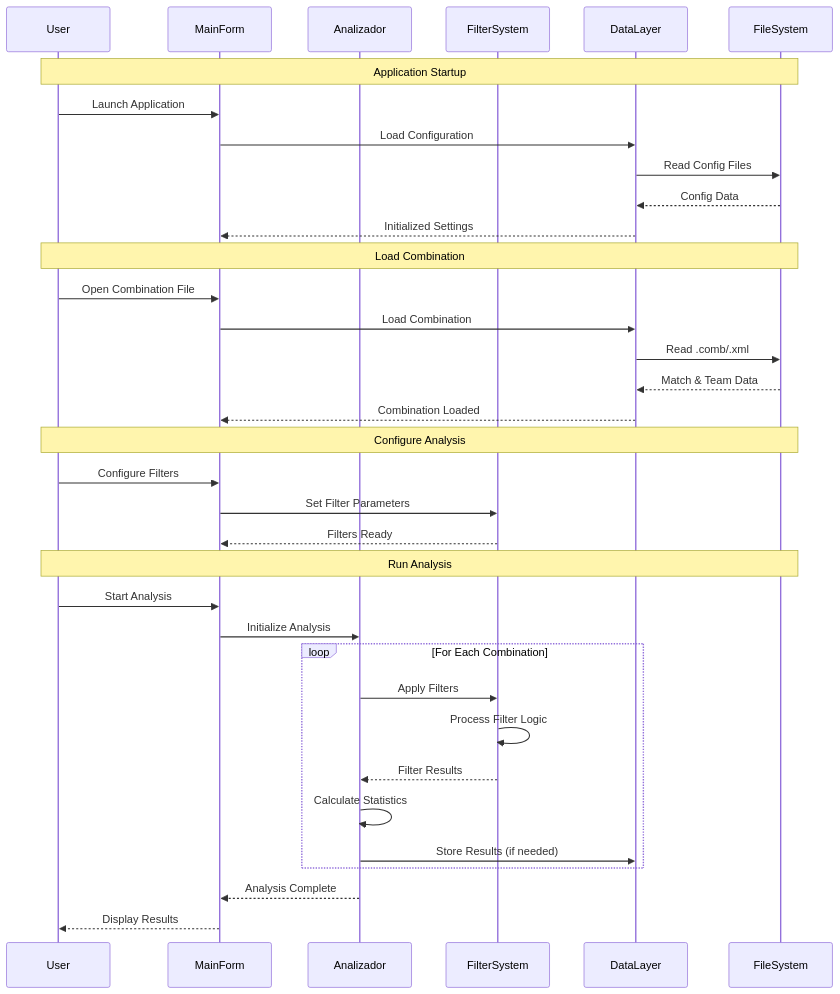
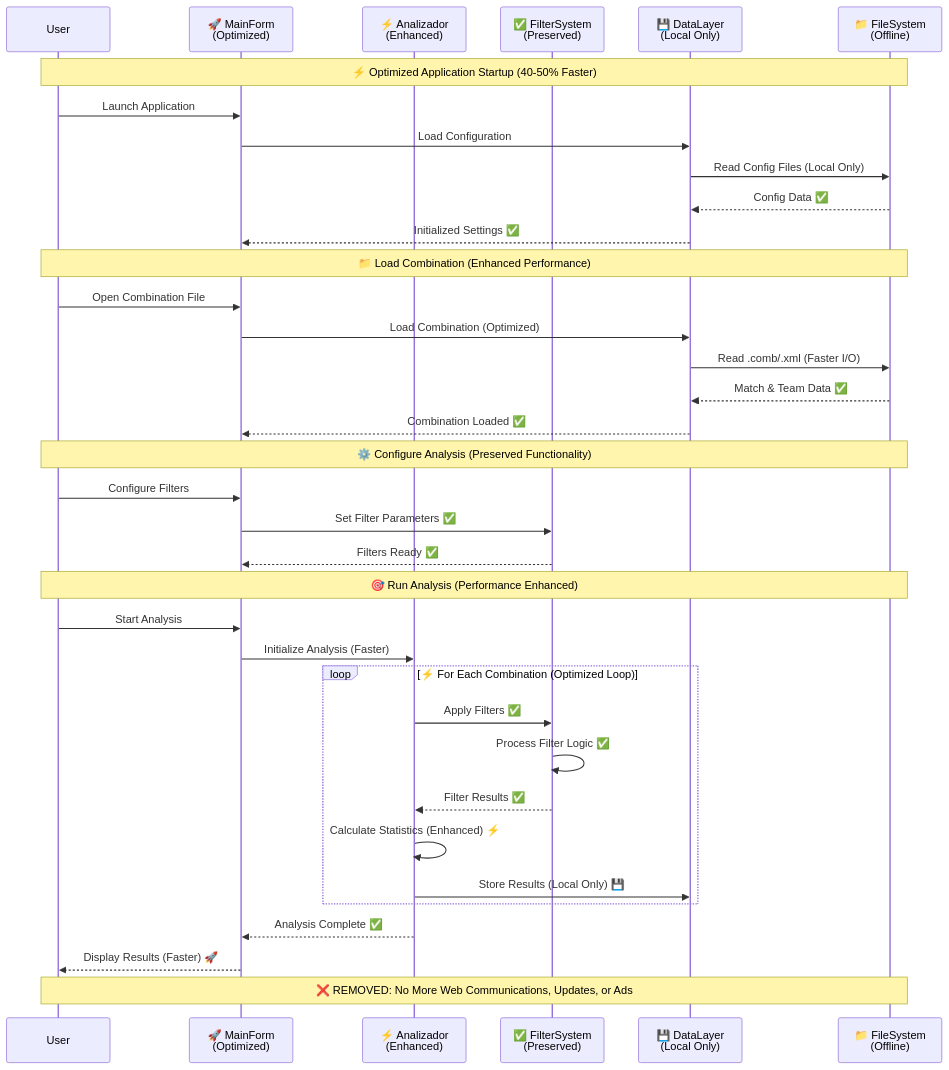
One commit to jrtejada2k/Free1x2 changed the second of 7 diagrams in FREE1X2_ARCHITECTURE_DIAGRAMS.md. Above: the diagram before and after it, drawn with Mermaid. The commit also changed other lines of this file and 2 other files, not shown here.

First line of the commit message:
DOCUMENTATION UPDATED: Post-Optimization Results

````diff
--- a/FREE1X2_ARCHITECTURE_DIAGRAMS.md
+++ b/FREE1X2_ARCHITECTURE_DIAGRAMS.md
@@ -82,43 +95,45 @@
 ```mermaid
 sequenceDiagram
     participant User
-    participant MainForm
-    participant Analizador
-    participant FilterSystem
-    participant DataLayer
-    participant FileSystem
+    participant MainForm as 🚀 MainForm<br/>(Optimized)
+    participant Analizador as ⚡ Analizador<br/>(Enhanced)
+    participant FilterSystem as ✅ FilterSystem<br/>(Preserved)
+    participant DataLayer as 💾 DataLayer<br/>(Local Only)
+    participant FileSystem as 📁 FileSystem<br/>(Offline)
     
-    Note over User,FileSystem: Application Startup
+    Note over User,FileSystem: ⚡ Optimized Application Startup (40-50% Faster)
     User->>MainForm: Launch Application
     MainForm->>DataLayer: Load Configuration
-    DataLayer->>FileSystem: Read Config Files
-    FileSystem-->>DataLayer: Config Data
-    DataLayer-->>MainForm: Initialized Settings
+    DataLayer->>FileSystem: Read Config Files (Local Only)
+    FileSystem-->>DataLayer: Config Data ✅
+    DataLayer-->>MainForm: Initialized Settings ✅
     
-    Note over User,FileSystem: Load Combination
+    Note over User,FileSystem: 📁 Load Combination (Enhanced Performance)
     User->>MainForm: Open Combination File
-    MainForm->>DataLayer: Load Combination
-    DataLayer->>FileSystem: Read .comb/.xml
-    FileSystem-->>DataLayer: Match & Team Data
-    DataLayer-->>MainForm: Combination Loaded
+    MainForm->>DataLayer: Load Combination (Optimized)
+    DataLayer->>FileSystem: Read .comb/.xml (Faster I/O)
+    FileSystem-->>DataLayer: Match & Team Data ✅
+    DataLayer-->>MainForm: Combination Loaded ✅
     
-    Note over User,FileSystem: Configure Analysis
+    Note over User,FileSystem: ⚙️ Configure Analysis (Preserved Functionality)
     User->>MainForm: Configure Filters
-    MainForm->>FilterSystem: Set Filter Parameters
-    FilterSystem-->>MainForm: Filters Ready
+    MainForm->>FilterSystem: Set Filter Parameters ✅
+    FilterSystem-->>MainForm: Filters Ready ✅
     
-    Note over User,FileSystem: Run Analysis
+    Note over User,FileSystem: 🎯 Run Analysis (Performance Enhanced)
     User->>MainForm: Start Analysis
-    MainForm->>Analizador: Initialize Analysis
+    MainForm->>Analizador: Initialize Analysis (Faster)
     
-    loop For Each Combination
-        Analizador->>FilterSystem: Apply Filters
-        FilterSystem->>FilterSystem: Process Filter Logic
-        FilterSystem-->>Analizador: Filter Results
-        Analizador->>Analizador: Calculate Statistics
-        Analizador->>DataLayer: Store Results (if needed)
+    loop ⚡ For Each Combination (Optimized Loop)
+        Analizador->>FilterSystem: Apply Filters ✅
+        FilterSystem->>FilterSystem: Process Filter Logic ✅
+        FilterSystem-->>Analizador: Filter Results ✅
+        Analizador->>Analizador: Calculate Statistics (Enhanced) ⚡
+        Analizador->>DataLayer: Store Results (Local Only) 💾
     end
     
-    Analizador-->>MainForm: Analysis Complete
-    MainForm-->>User: Display Results
+    Analizador-->>MainForm: Analysis Complete ✅
+    MainForm-->>User: Display Results (Faster) 🚀
+    
+    Note over User,FileSystem: ❌ REMOVED: No More Web Communications, Updates, or Ads
 ```
````
